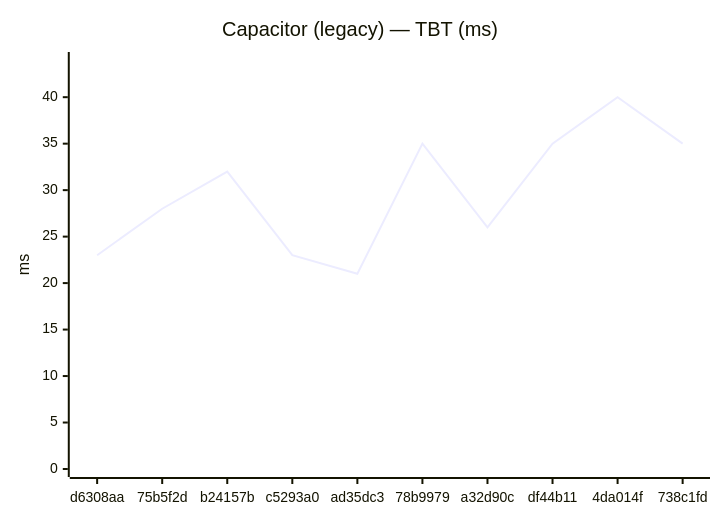
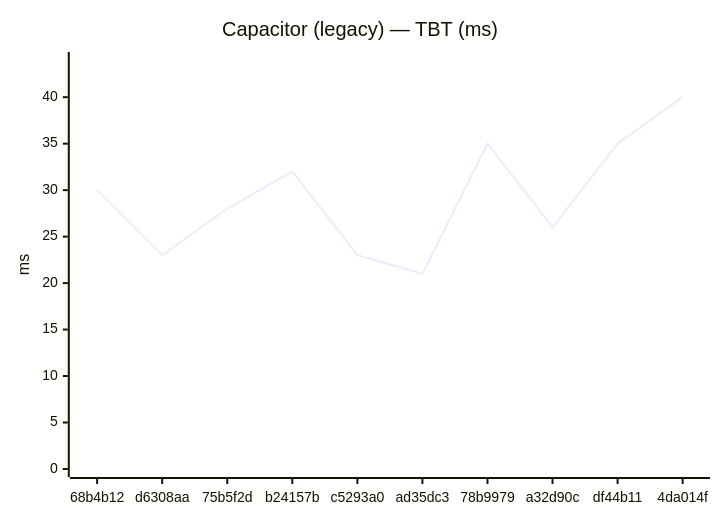
One commit to Metaheurist/Rianell changed the sixth of 24 diagrams in benchmarks/compare.md. Above: the diagram before and after it, drawn with Mermaid. The commit also changed other lines of this file and 14 other files, not shown here.

````diff
--- a/benchmarks/compare.md
+++ b/benchmarks/compare.md
@@ -91,7 +91,7 @@
 ```mermaid
 xychart-beta
     title "Capacitor (legacy) — TBT (ms)"
-    x-axis ["d6308aa", "75b5f2d", "b24157b", "c5293a0", "ad35dc3", "78b9979", "a32d90c", "df44b11", "4da014f", "738c1fd"]
+    x-axis ["68b4b12", "d6308aa", "75b5f2d", "b24157b", "c5293a0", "ad35dc3", "78b9979", "a32d90c", "df44b11", "4da014f"]
     y-axis "ms" 0 --> 44
-    line [23, 28, 32, 23, 21, 35, 26, 35, 40, 35]
+    line [30, 23, 28, 32, 23, 21, 35, 26, 35, 40]
 ```
````
